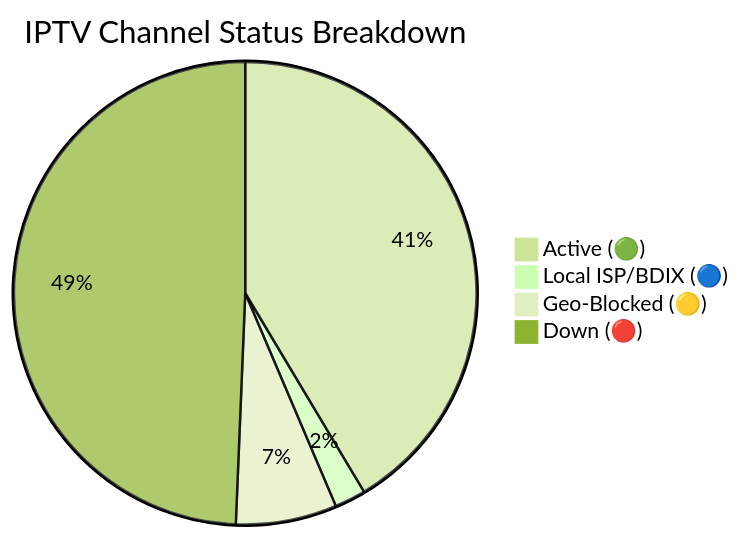
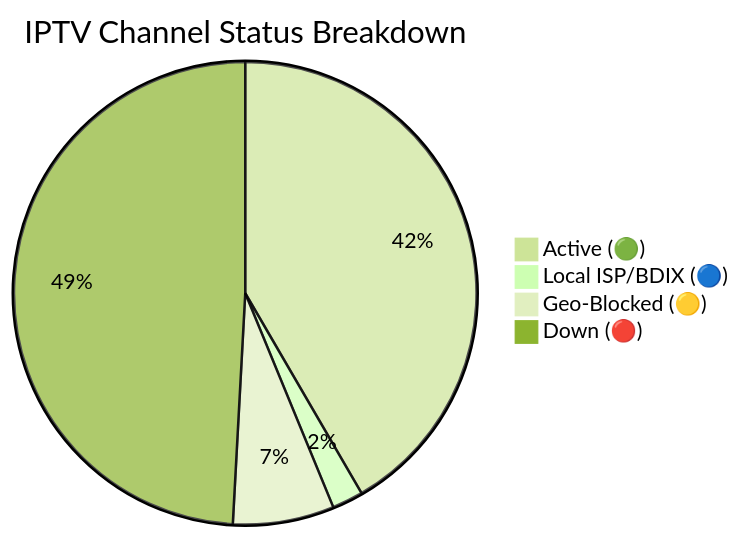
One commit to andreataylord/Ip-tv-Collection changed the diagram in README.md. Above: the diagram before and after it, drawn with Mermaid (forest theme). The commit also changed other lines of this file and 1 other file, not shown here.

Commit message:
docs(readme): auto-update daily channel status chart

````diff
--- a/README.md
+++ b/README.md
@@ -59,7 +59,7 @@
 ```mermaid
 pie title IPTV Channel Status Breakdown
-    "Active (🟢)" : 2994
+    "Active (🟢)" : 3008
     "Local ISP/BDIX (🔵)" : 157
-    "Geo-Blocked (🟡)" : 510
-    "Down (🔴)" : 3567
+    "Geo-Blocked (🟡)" : 511
+    "Down (🔴)" : 3552
 ```
````
